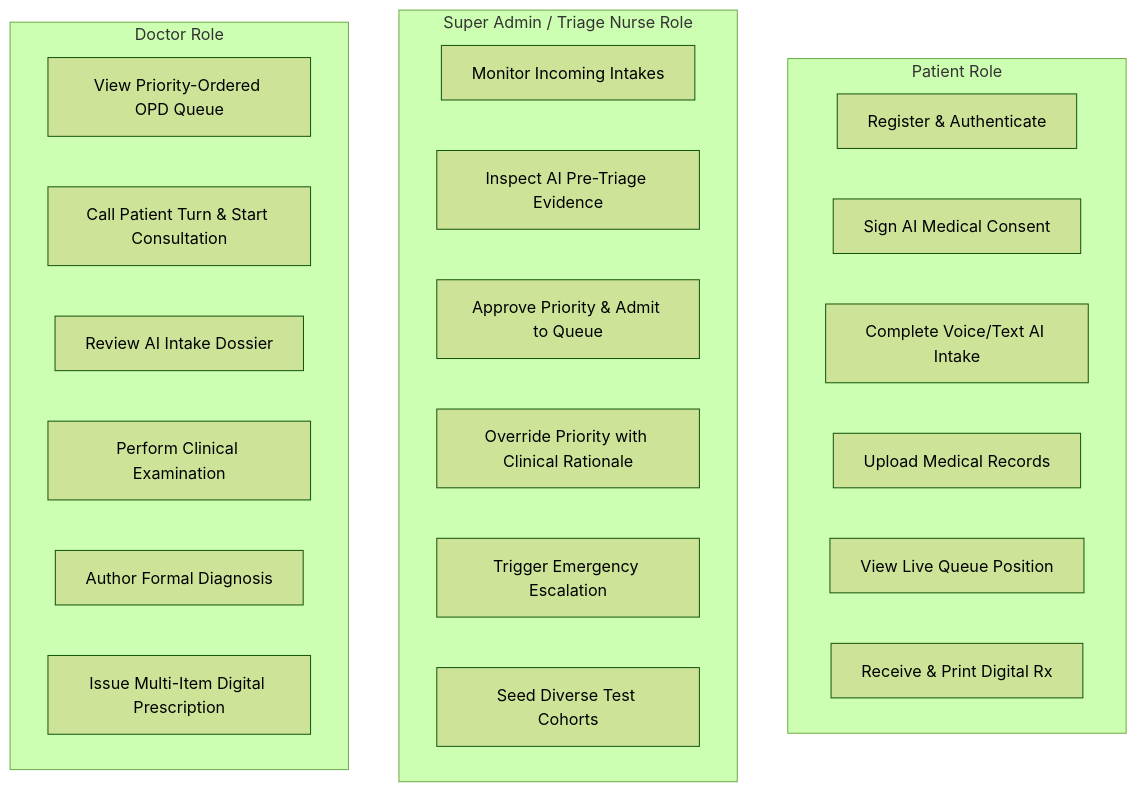
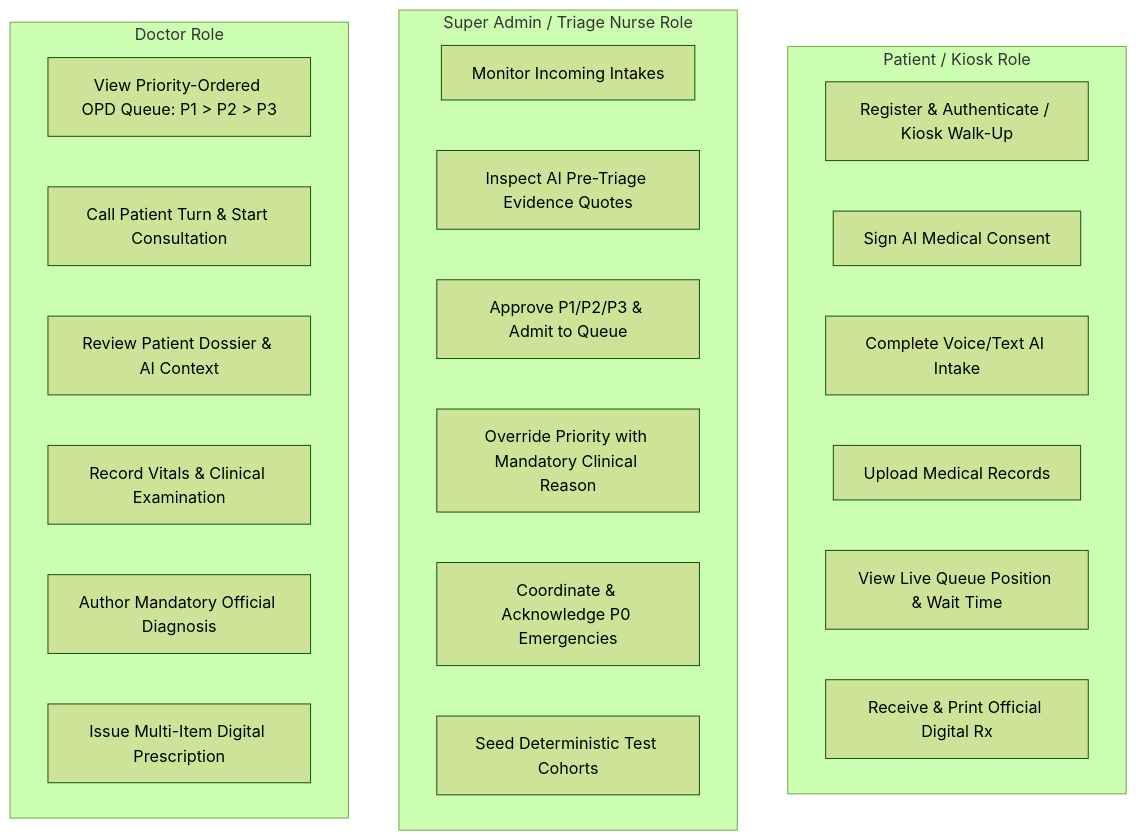
The diagram in docs/business-rules.md (DakshChaudhary2668/MediKiosk), drawn with Mermaid (forest theme) before and after one commit. The commit also changed other lines of this file and 33 other files, not shown here.

Commit message:
feat: backend contracts alignment, P0 auto-escalation, RBAC, kiosk auth, and technical documentation suite

````diff
--- a/docs/business-rules.md
+++ b/docs/business-rules.md
@@ -51,29 +55,29 @@
 ```mermaid
 graph TD
-    subgraph PatientRole["Patient Role"]
-        P1[Register & Authenticate]
+    subgraph PatientRole["Patient / Kiosk Role"]
+        P1[Register & Authenticate / Kiosk Walk-Up]
         P2[Sign AI Medical Consent]
         P3[Complete Voice/Text AI Intake]
         P4[Upload Medical Records]
-        P5[View Live Queue Position]
-        P6[Receive & Print Digital Rx]
+        P5[View Live Queue Position & Wait Time]
+        P6[Receive & Print Official Digital Rx]
     end
 
     subgraph AdminRole["Super Admin / Triage Nurse Role"]
         A1[Monitor Incoming Intakes]
-        A2[Inspect AI Pre-Triage Evidence]
-        A3[Approve Priority & Admit to Queue]
-        A4[Override Priority with Clinical Rationale]
-        A5[Trigger Emergency Escalation]
-        A6[Seed Diverse Test Cohorts]
+        A2[Inspect AI Pre-Triage Evidence Quotes]
+        A3[Approve P1/P2/P3 & Admit to Queue]
+        A4[Override Priority with Mandatory Clinical Reason]
+        A5[Coordinate & Acknowledge P0 Emergencies]
+        A6[Seed Deterministic Test Cohorts]
     end
 
     subgraph DoctorRole["Doctor Role"]
-        D1[View Priority-Ordered OPD Queue]
+        D1[View Priority-Ordered OPD Queue: P1 > P2 > P3]
         D2[Call Patient Turn & Start Consultation]
-        D3[Review AI Intake Dossier]
-        D4[Perform Clinical Examination]
-        D5[Author Formal Diagnosis]
+        D3[Review Patient Dossier & AI Context]
+        D4[Record Vitals & Clinical Examination]
+        D5[Author Mandatory Official Diagnosis]
         D6[Issue Multi-Item Digital Prescription]
     end
 ```
````
